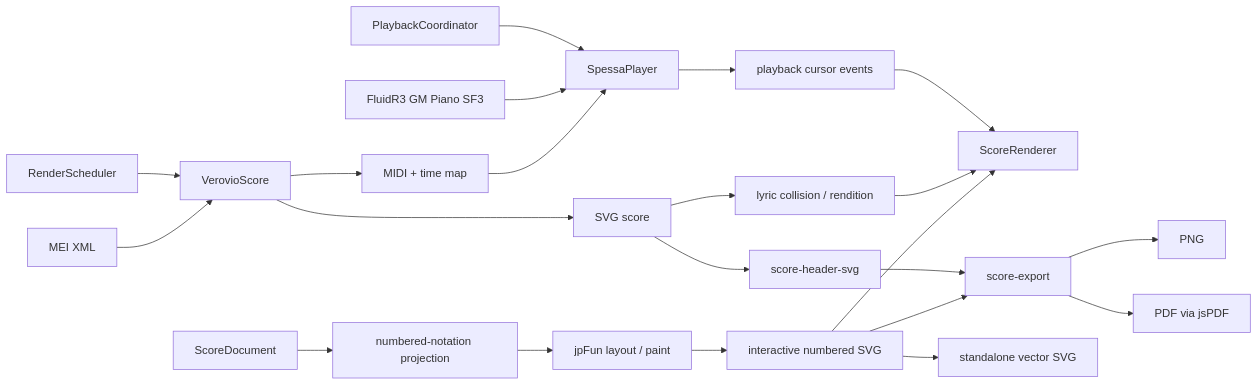
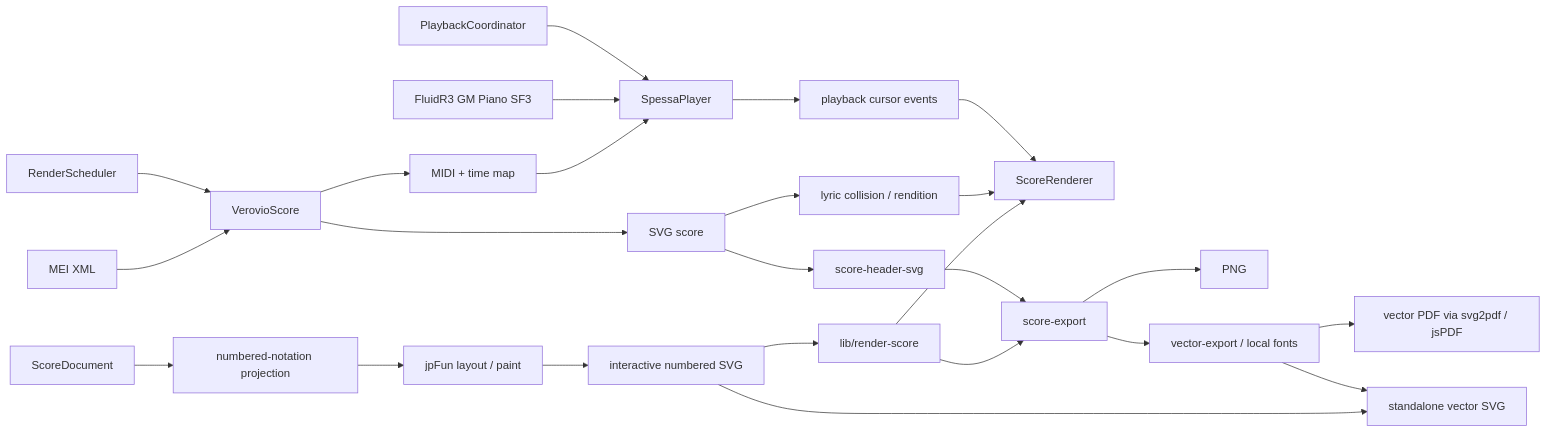
One commit to huazhechen/m3n changed the fourth of 5 diagrams in docs/CODEGRAPH.md. Above: the diagram before and after it, drawn with Mermaid. The commit also changed other lines of this file and 55 other files, not shown here.

````diff
--- a/docs/CODEGRAPH.md
+++ b/docs/CODEGRAPH.md
@@ -122,24 +123,27 @@
 ```mermaid
 flowchart LR
   document["ScoreDocument"] --> adapter["numbered-notation projection"]
   adapter --> jpfun["jpFun layout / paint"]
   jpfun --> numberedSvg["interactive numbered SVG"]
-  numberedSvg --> screen
-  numberedSvg --> exporter
+  numberedSvg --> renderService["lib/render-score"]
+  renderService --> screen
+  renderService --> exporter
   numberedSvg --> vector["standalone vector SVG"]
   mei["MEI XML"] --> verovio["VerovioScore"]
   scheduler["RenderScheduler"] --> verovio
   verovio --> svg["SVG score"]
   verovio --> midi["MIDI + time map"]
   midi --> player["SpessaPlayer"]
   soundfont["FluidR3 GM Piano SF3"] --> player
   coordinator["PlaybackCoordinator"] --> player
   player --> cursor["playback cursor events"]
   svg --> collisions["lyric collision / rendition"]
   collisions --> screen["ScoreRenderer"]
   cursor --> screen
   svg --> header["score-header-svg"]
   header --> exporter["score-export"]
   exporter --> png["PNG"]
-  exporter --> pdf["PDF via jsPDF"]
+  exporter --> outlines["vector-export / local fonts"]
+  outlines --> pdf["vector PDF via svg2pdf / jsPDF"]
+  outlines --> vector
 ```
````
